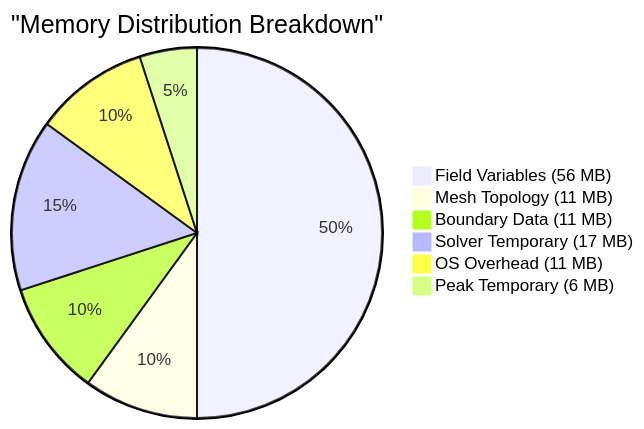
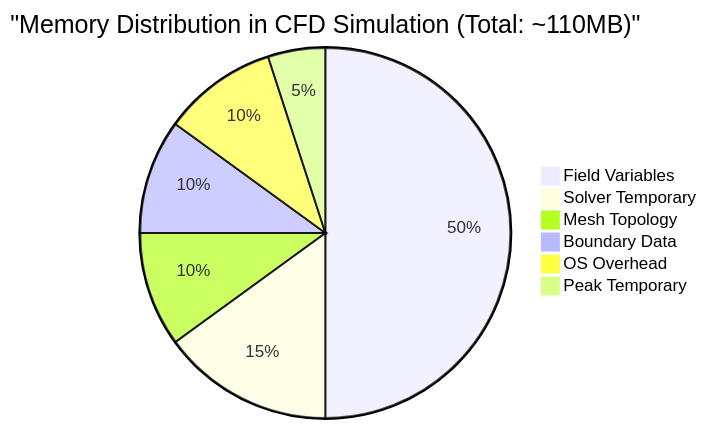
The second of 4 diagrams in MODULE_05_OPENFOAM_PROGRAMMING/CONTENT/03_CONTAINERS_MEMORY/01_Introduction.md (wramet/build-my-cfd), drawn with Mermaid before and after one commit. The commit also changed other lines of this file and 313 other files, not shown here.

Commit message:
Revise all diagram

````diff
--- a/MODULE_05_OPENFOAM_PROGRAMMING/CONTENT/03_CONTAINERS_MEMORY/01_Introduction.md
+++ b/MODULE_05_OPENFOAM_PROGRAMMING/CONTENT/03_CONTAINERS_MEMORY/01_Introduction.md
@@ -96,9 +92,9 @@
 ```mermaid
-pie title "Memory Distribution Breakdown"
-    "Field Variables (56 MB)" : 50
-    "Mesh Topology (11 MB)" : 10
-    "Boundary Data (11 MB)" : 10
-    "Solver Temporary (17 MB)" : 15
-    "OS Overhead (11 MB)" : 10
-    "Peak Temporary (6 MB)" : 5
+pie title "Memory Distribution in CFD Simulation (Total: ~110MB)"
+"Field Variables" : 50
+"Solver Temporary" : 15
+"Mesh Topology" : 10
+"Boundary Data" : 10
+"OS Overhead" : 10
+"Peak Temporary" : 5
 ```
````
